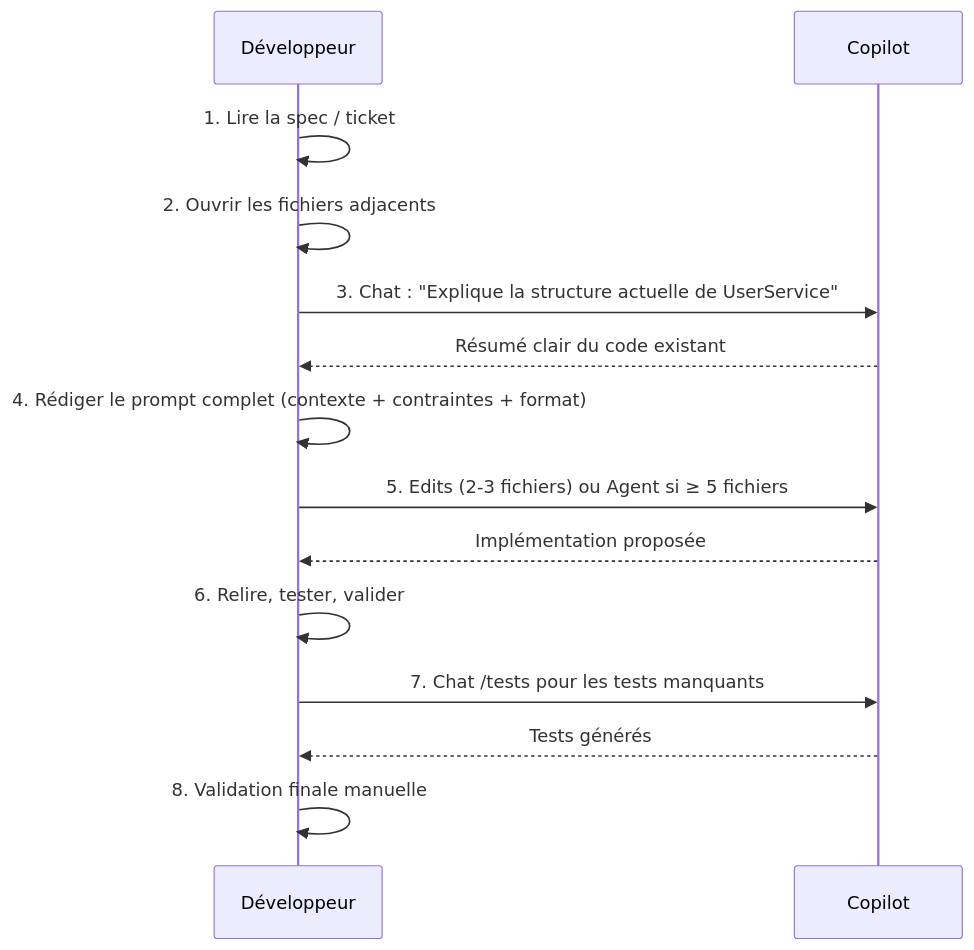
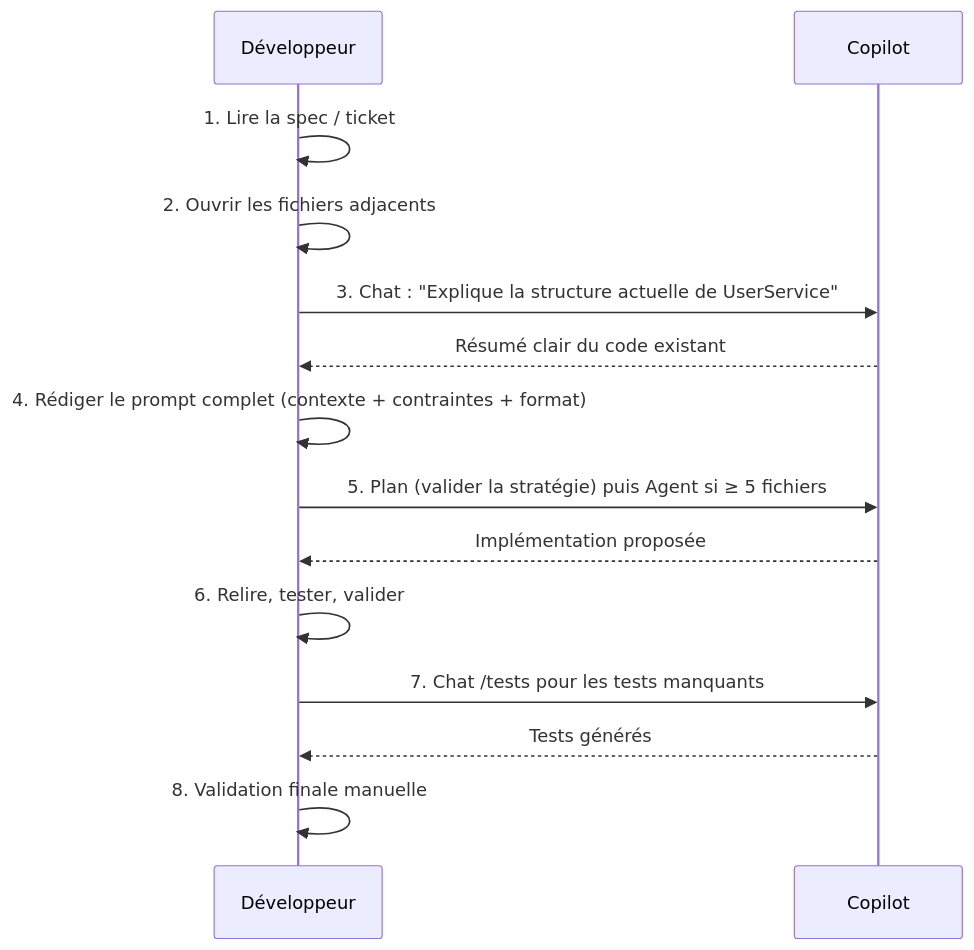
Before and after one commit to FTurleque/doc-utilisation-ia: the second of 3 diagrams in docs/chapitre-12-couts-gouvernance/workflow-recommande.md, drawn with Mermaid. The commit also changed other lines of this file and 30 other files, not shown here.

````diff
--- a/docs/chapitre-12-couts-gouvernance/workflow-recommande.md
+++ b/docs/chapitre-12-couts-gouvernance/workflow-recommande.md
@@ -49,17 +50,17 @@
 ```mermaid
 sequenceDiagram
     participant D as Développeur
     participant C as Copilot
 
     D->>D: 1. Lire la spec / ticket
     D->>D: 2. Ouvrir les fichiers adjacents
     D->>C: 3. Chat : "Explique la structure actuelle de UserService"
     C-->>D: Résumé clair du code existant
     D->>D: 4. Rédiger le prompt complet (contexte + contraintes + format)
-    D->>C: 5. Edits (2-3 fichiers) ou Agent si ≥ 5 fichiers
+    D->>C: 5. Plan (valider la stratégie) puis Agent si ≥ 5 fichiers
     C-->>D: Implémentation proposée
     D->>D: 6. Relire, tester, valider
     D->>C: 7. Chat /tests pour les tests manquants
     C-->>D: Tests générés
     D->>D: 8. Validation finale manuelle
 ```
````
